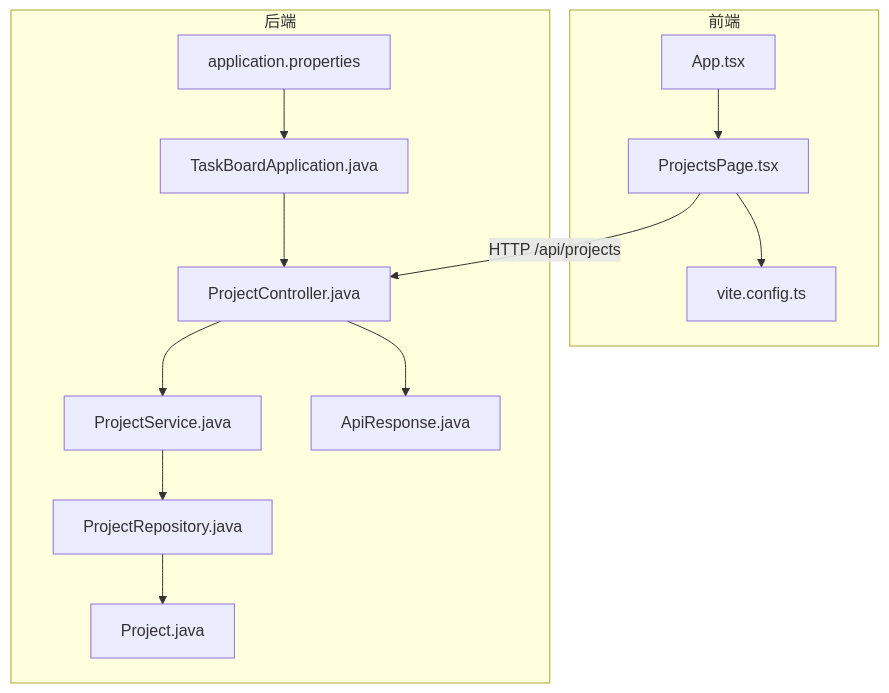
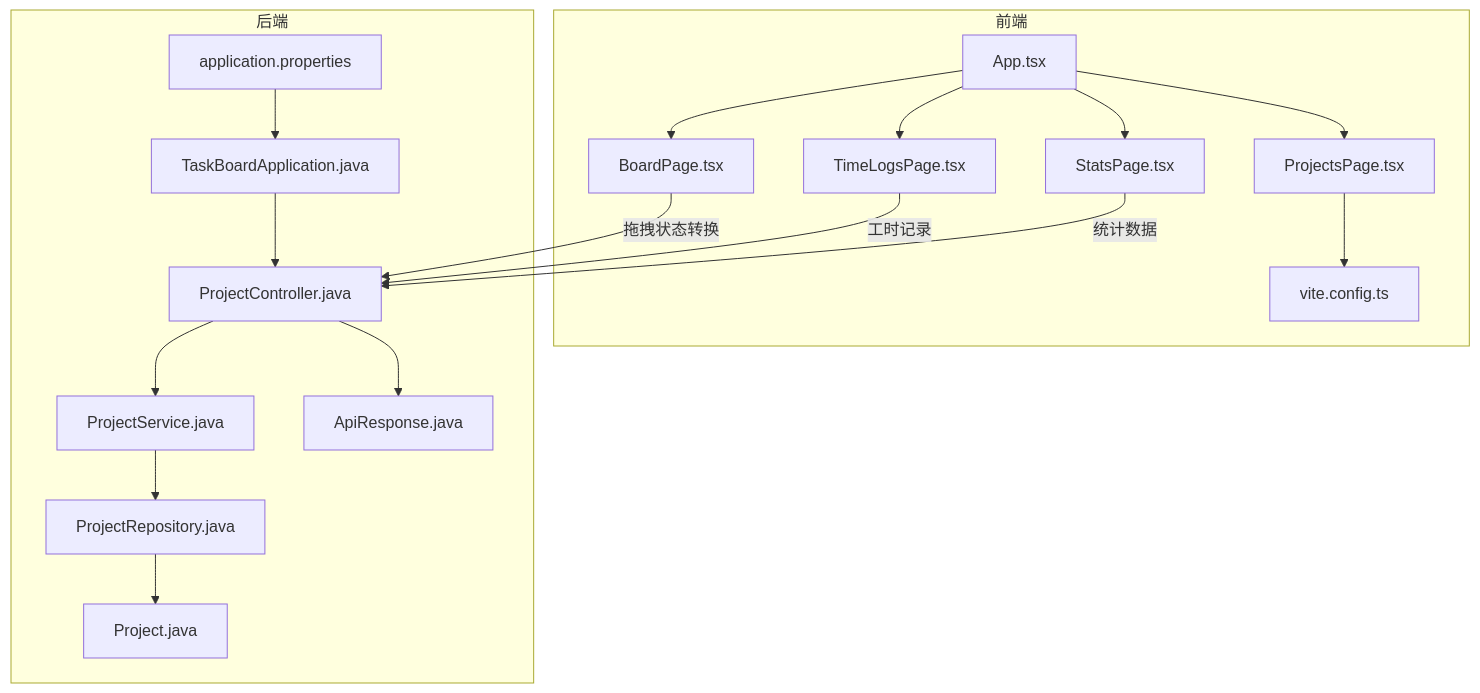
The first of 12 diagrams in .qoder/repowiki/zh/content/项目概述/质量保证框架.md (zhou9832/test1-qoder), drawn with Mermaid before and after one commit. The commit also changed other lines of this file and 51 other files, not shown here.

````diff
--- a/.qoder/repowiki/zh/content/项目概述/质量保证框架.md
+++ b/.qoder/repowiki/zh/content/项目概述/质量保证框架.md
@@ -42,26 +60,34 @@
 ```mermaid
 graph TB
 subgraph "前端"
 FE_App["App.tsx"]
 FE_Projects["ProjectsPage.tsx"]
+FE_Board["BoardPage.tsx"]
+FE_TimeLogs["TimeLogsPage.tsx"]
+FE_Stats["StatsPage.tsx"]
 FE_Vite["vite.config.ts"]
 end
 subgraph "后端"
 BE_Main["TaskBoardApplication.java"]
 BE_Controller["ProjectController.java"]
 BE_Service["ProjectService.java"]
 BE_Repo["ProjectRepository.java"]
 BE_Entity["Project.java"]
 BE_DTO["ApiResponse.java"]
 BE_Config["application.properties"]
 end
 FE_App --> FE_Projects
+FE_App --> FE_Board
+FE_App --> FE_TimeLogs
+FE_App --> FE_Stats
 FE_Projects --> FE_Vite
-FE_Projects --> |"HTTP /api/projects"| BE_Controller
+FE_Board --> |"拖拽状态转换"| BE_Controller
+FE_TimeLogs --> |"工时记录"| BE_Controller
+FE_Stats --> |"统计数据"| BE_Controller
 BE_Controller --> BE_Service
 BE_Service --> BE_Repo
 BE_Repo --> BE_Entity
 BE_Controller --> BE_DTO
 BE_Main --> BE_Controller
 BE_Config --> BE_Main
 ```
````
